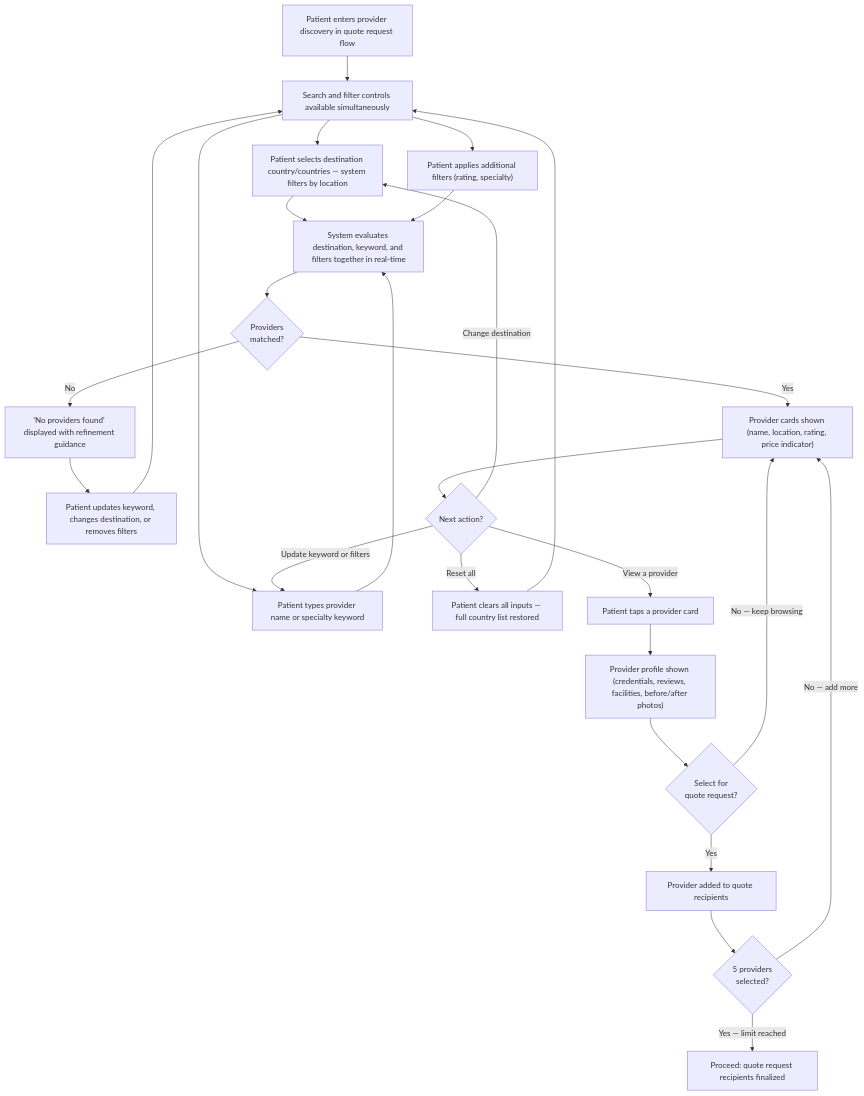
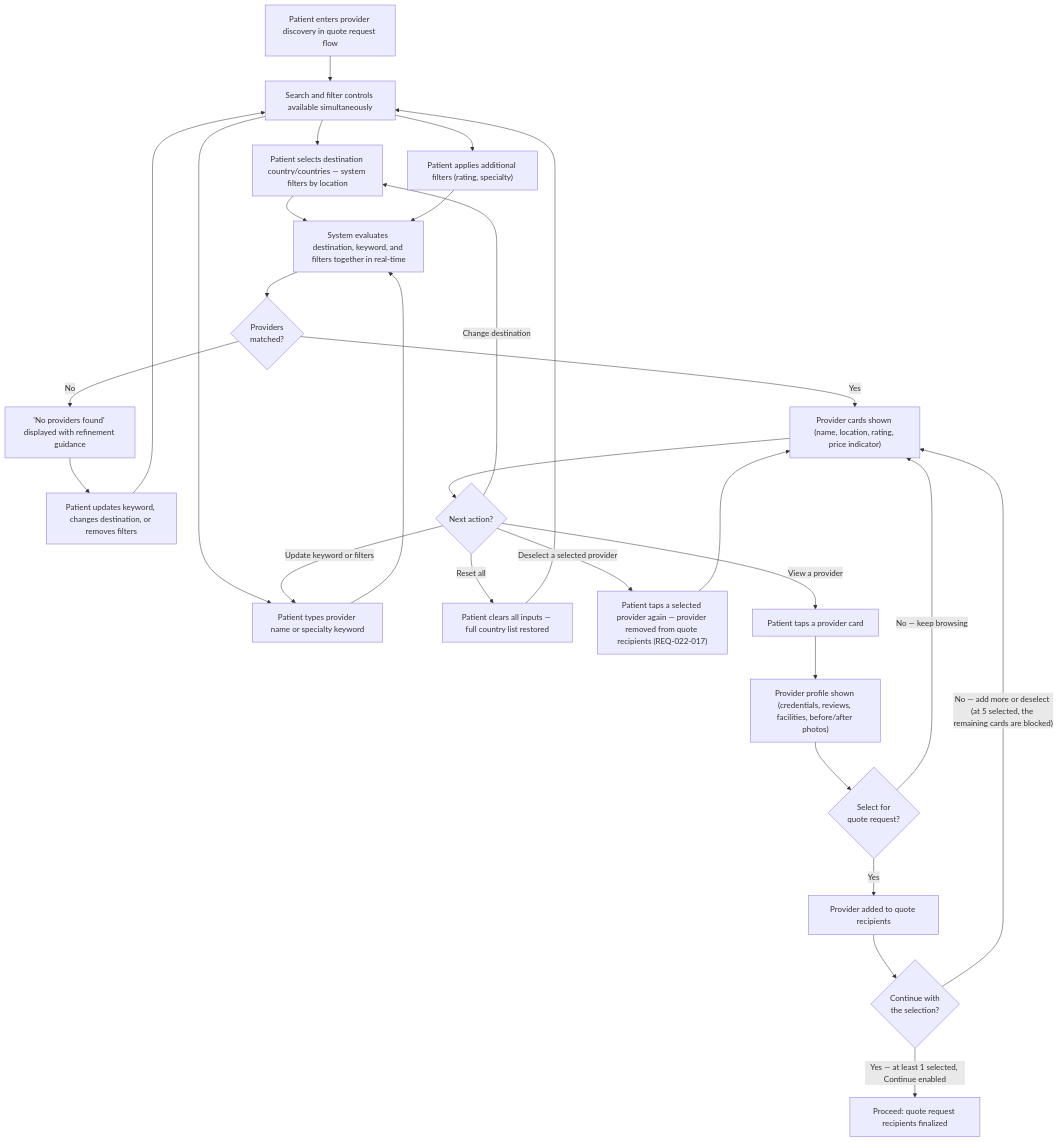
One commit to joachimtrungtuan/hairline-pm-docs changed the third of 8 diagrams in project-requirements/functional-requirements/fr022-search-filtering/prd.md. Above: the diagram before and after it, drawn with Mermaid. The commit also changed other lines of this file and 6 other files, not shown here.

Commit message:
docs(fr022): apply logic review pass 1 fixes to PRD and graph

````diff
--- a/project-requirements/functional-requirements/fr022-search-filtering/prd.md
+++ b/project-requirements/functional-requirements/fr022-search-filtering/prd.md
@@ -180,28 +180,30 @@
 ```mermaid
 flowchart TD
   START["Patient enters provider discovery in quote request flow"] --> CTRL["Search and filter controls available simultaneously"]
   CTRL --> DESTFILT["Patient selects destination country/countries — system filters by location"]
   CTRL --> KEYWORD["Patient types provider name or specialty keyword"]
   CTRL --> EXTRAFILT["Patient applies additional filters (rating, specialty)"]
   DESTFILT --> QUERY["System evaluates destination, keyword, and filters together in real-time"]
   KEYWORD --> QUERY
   EXTRAFILT --> QUERY
   QUERY --> FOUND{"Providers\nmatched?"}
   FOUND -- "No" --> EMPTY["'No providers found' displayed with refinement guidance"]
   EMPTY --> ADJUST["Patient updates keyword, changes destination, or removes filters"]
   ADJUST --> CTRL
   FOUND -- "Yes" --> CARDS["Provider cards shown (name, location, rating, price indicator)"]
   CARDS --> NEXT{"Next action?"}
   NEXT -- "Update keyword or filters" --> KEYWORD
   NEXT -- "Change destination" --> DESTFILT
   NEXT -- "Reset all" --> RESET["Patient clears all inputs — full country list restored"]
   RESET --> CTRL
+  NEXT -- "Deselect a selected provider" --> DESEL["Patient taps a selected provider again — provider removed from quote recipients (REQ-022-017)"]
+  DESEL --> CARDS
   NEXT -- "View a provider" --> TAP["Patient taps a provider card"]
   TAP --> PROVPROFILE["Provider profile shown (credentials, reviews, facilities, before/after photos)"]
   PROVPROFILE --> SELECT{"Select for\nquote request?"}
   SELECT -- "No — keep browsing" --> CARDS
   SELECT -- "Yes" --> ADD["Provider added to quote recipients"]
-  ADD --> MAXCHECK{"5 providers\nselected?"}
-  MAXCHECK -- "No — add more" --> CARDS
-  MAXCHECK -- "Yes — limit reached" --> DONE["Proceed: quote request recipients finalized"]
+  ADD --> MAXCHECK{"Continue with\nthe selection?"}
+  MAXCHECK -- "No — add more or deselect (at 5 selected, the remaining cards are blocked)" --> CARDS
+  MAXCHECK -- "Yes — at least 1 selected, Continue enabled" --> DONE["Proceed: quote request recipients finalized"]
 ```
````
